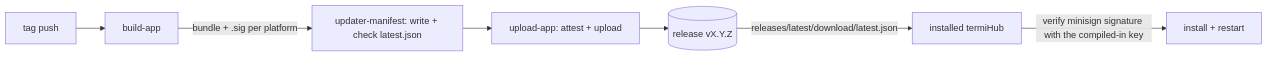
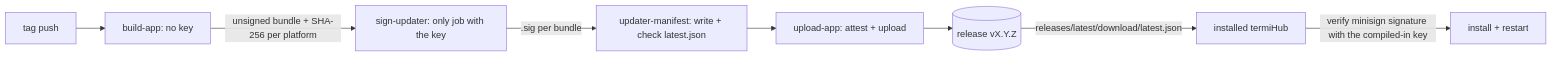
The fifth of 5 diagrams in docs/contributing.md (armaxri/termiHub), drawn with Mermaid before and after one commit. The commit also changed other lines of this file and 2 other files, not shown here.

First line of the commit message:
docs(release): document the isolated updater signing job

````diff
--- a/docs/contributing.md
+++ b/docs/contributing.md
@@ -2391,9 +2391,10 @@
 ```mermaid
 flowchart LR
-    T[tag push] --> B[build-app]
-    B -->|bundle + .sig per platform| M[updater-manifest: write + check latest.json]
+    T[tag push] --> B[build-app: no key]
+    B -->|unsigned bundle + SHA-256 per platform| S[sign-updater: only job with the key]
+    S -->|.sig per bundle| M[updater-manifest: write + check latest.json]
     M --> U[upload-app: attest + upload]
     U --> R[(release vX.Y.Z)]
     R -->|releases/latest/download/latest.json| A[installed termiHub]
     A -->|verify minisign signature with the compiled-in key| I[install + restart]
 ```
````
